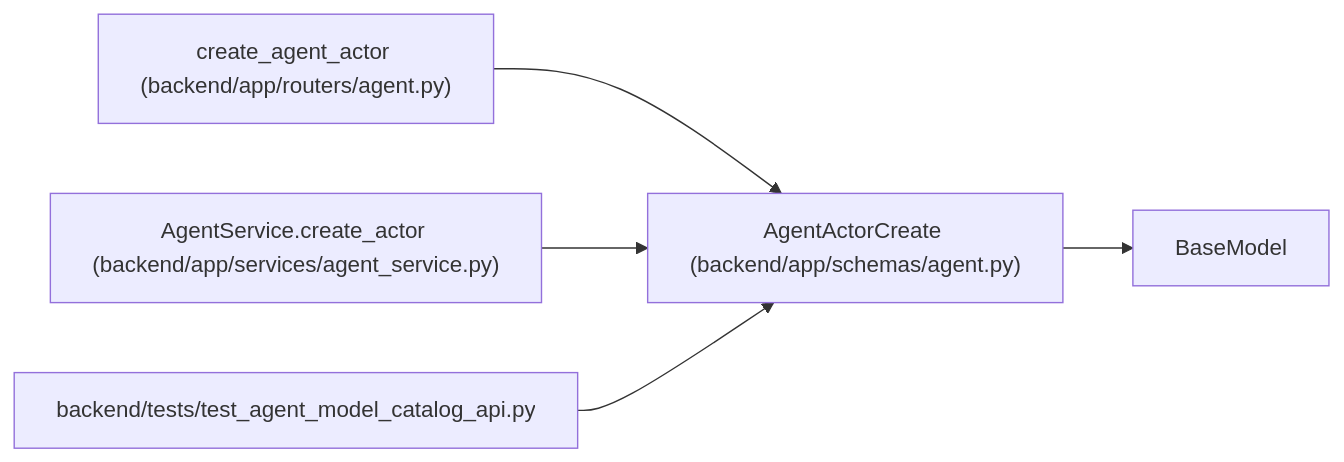
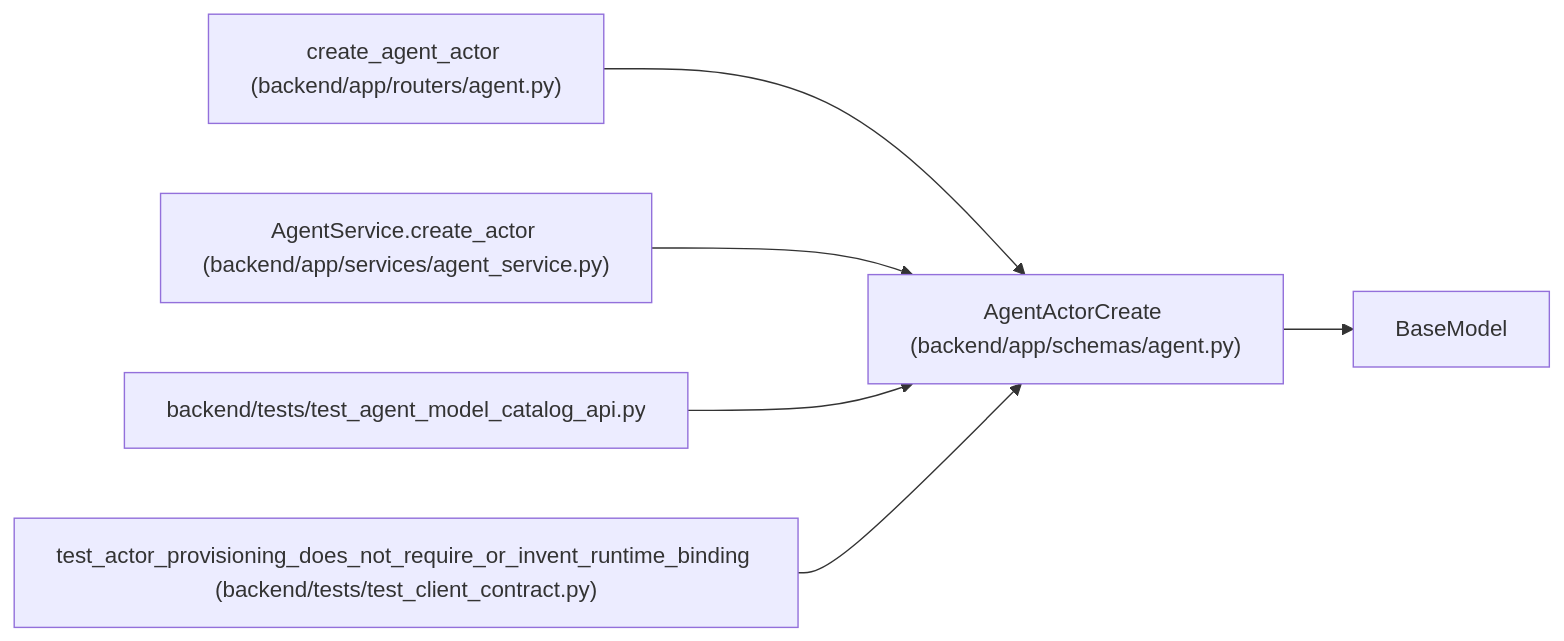
Before and after one commit to Denissvgn/WorkChord: the diagram in docs/llm_wiki/entities/AgentActorCreate.md, drawn with Mermaid. The commit also changed other lines of this file and 958 other files, not shown here.

First line of the commit message:
docs(wiki): refresh identity and recovery architecture

````diff
--- a/docs/llm_wiki/entities/AgentActorCreate.md
+++ b/docs/llm_wiki/entities/AgentActorCreate.md
@@ -47,16 +47,19 @@
 ```mermaid
 flowchart LR
     n0["AgentActorCreate (backend/app/schemas/agent.py)"]
     n1["BaseModel"]
     n2["create_agent_actor (backend/app/routers/agent.py)"]
     n3["AgentService.create_actor (backend/app/services/agent_service.py)"]
     n4["backend/tests/test_agent_model_catalog_api.py"]
+    n5["test_actor_provisioning_does_not_require_or_invent_runtime_binding (backend/tests/test_client_contract.py)"]
     n0 --> n1
     n2 --> n0
     n3 --> n0
     n4 --> n0
+    n5 --> n0
     click n0 "../modules/schemas_agent.md"
     click n2 "../modules/routers_agent.md"
     click n3 "../modules/agent_service.md"
     click n4 "../modules/test_agent_model_catalog_api.md"
+    click n5 "../modules/test_client_contract.md"
 ```
````
